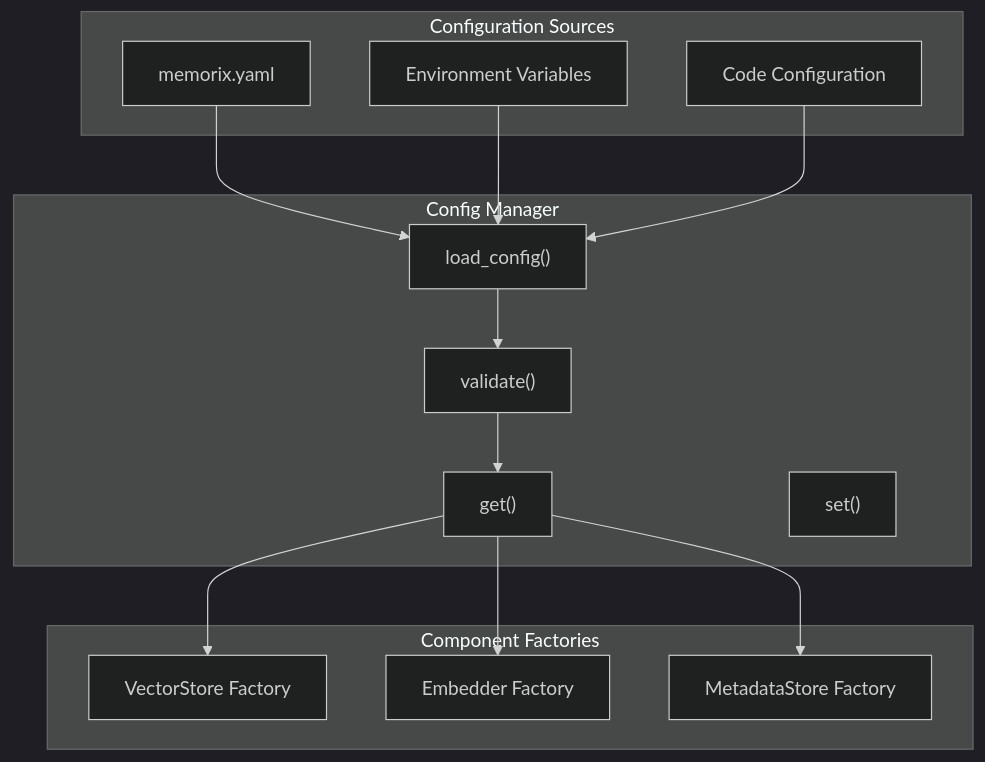
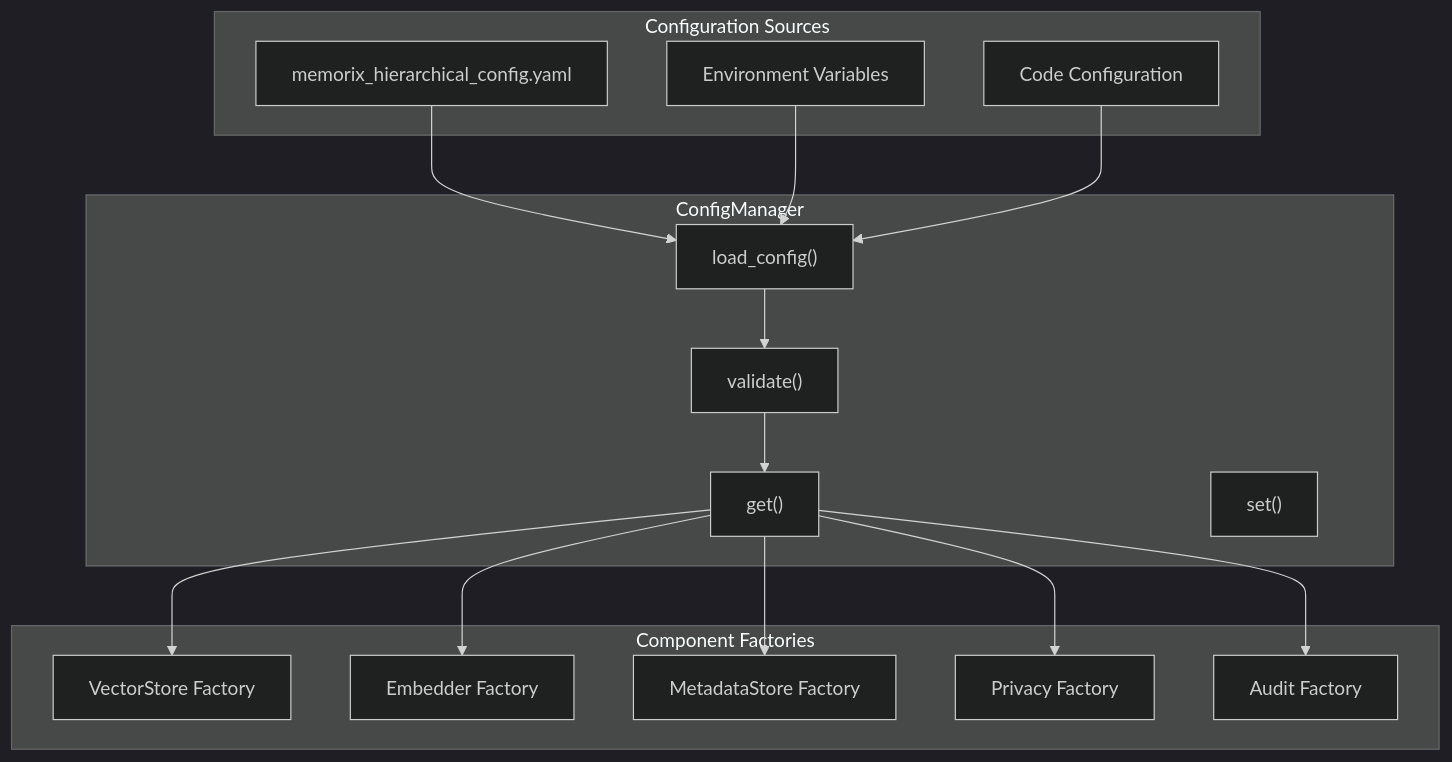
One commit to memorix-ai/memorix-sdk changed the fourth of 6 diagrams in docs/ARCHITECTURE.md. Above: the diagram before and after it, drawn with Mermaid (dark theme). The commit also changed other lines of this file and 31 other files, not shown here.

Commit message:
Update for hierarchical config & LICENSE

````diff
--- a/docs/ARCHITECTURE.md
+++ b/docs/ARCHITECTURE.md
@@ -137,31 +180,35 @@
 ```mermaid
 graph TD
     subgraph "Configuration Sources"
-        YAML[memorix.yaml]
+        YAML[memorix_hierarchical_config.yaml]
         ENV[Environment Variables]
         CODE[Code Configuration]
     end
     
-    subgraph "Config Manager"
+    subgraph "ConfigManager"
         LOAD["load_config()"]
         VALIDATE["validate()"]
         GET["get()"]
         SET["set()"]
     end
     
     subgraph "Component Factories"
         VS_FACTORY[VectorStore Factory]
         EMB_FACTORY[Embedder Factory]
         MS_FACTORY[MetadataStore Factory]
+        PRIVACY_FACTORY[Privacy Factory]
+        AUDIT_FACTORY[Audit Factory]
     end
     
     YAML --> LOAD
     ENV --> LOAD
     CODE --> LOAD
     
     LOAD --> VALIDATE
     VALIDATE --> GET
     GET --> VS_FACTORY
     GET --> EMB_FACTORY
     GET --> MS_FACTORY
+    GET --> PRIVACY_FACTORY
+    GET --> AUDIT_FACTORY
 ```
````
